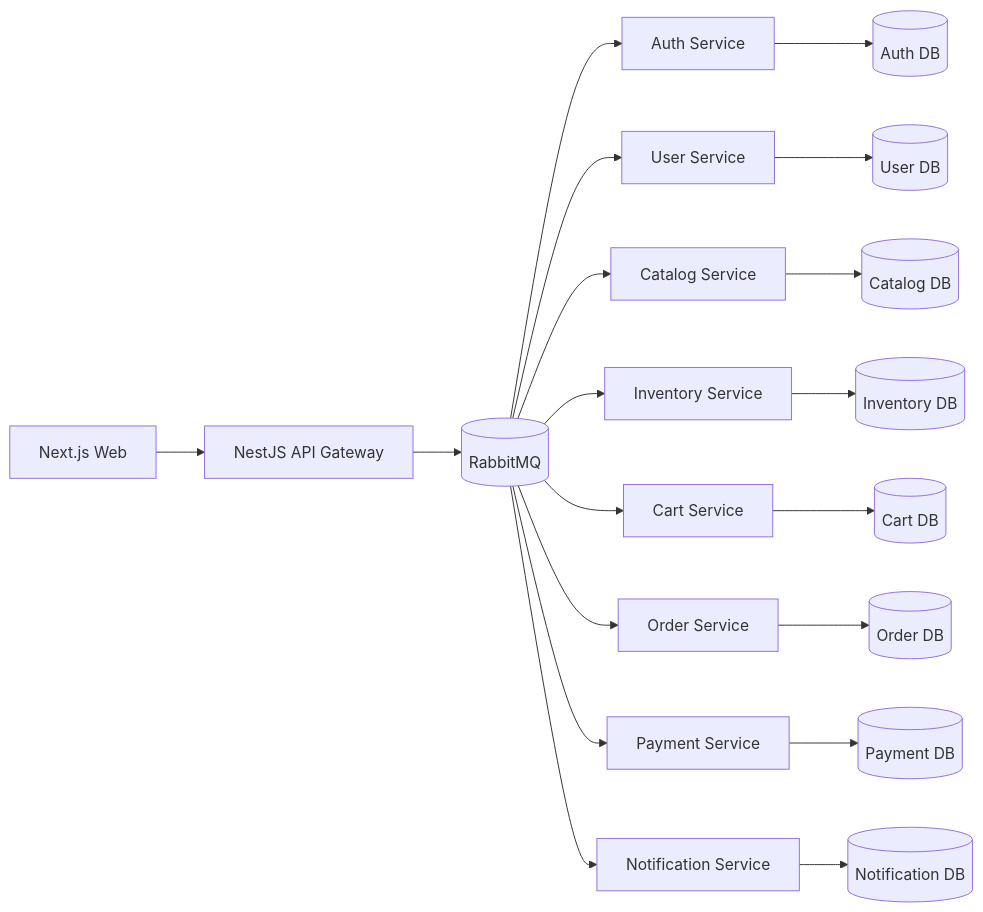
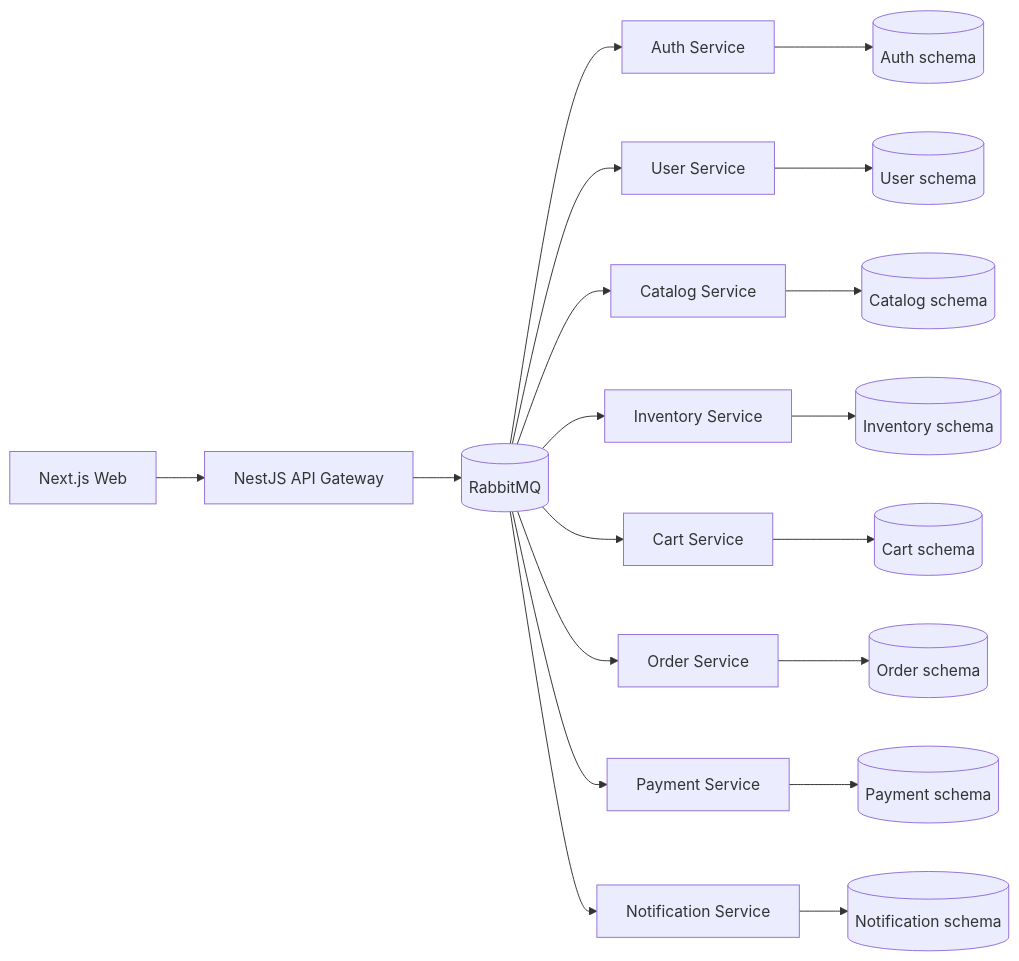
One commit to Lucascabral95/ecommerce-northlan-apparel changed the diagram in README.md. Above: the diagram before and after it, drawn with Mermaid. The commit also changed other lines of this file and 10 other files, not shown here.

````diff
--- a/README.md
+++ b/README.md
@@ -41,21 +18,21 @@
 ```mermaid
 flowchart LR
   Web[Next.js Web] --> Gateway[NestJS API Gateway]
   Gateway --> Broker[(RabbitMQ)]
   Broker --> Auth[Auth Service]
   Broker --> User[User Service]
   Broker --> Catalog[Catalog Service]
   Broker --> Inventory[Inventory Service]
   Broker --> Cart[Cart Service]
   Broker --> Order[Order Service]
   Broker --> Payment[Payment Service]
   Broker --> Notification[Notification Service]
-  Auth --> AuthDb[(Auth DB)]
-  User --> UserDb[(User DB)]
-  Catalog --> CatalogDb[(Catalog DB)]
-  Inventory --> InventoryDb[(Inventory DB)]
-  Cart --> CartDb[(Cart DB)]
-  Order --> OrderDb[(Order DB)]
-  Payment --> PaymentDb[(Payment DB)]
-  Notification --> NotificationDb[(Notification DB)]
+  Auth --> AuthDb[(Auth schema)]
+  User --> UserDb[(User schema)]
+  Catalog --> CatalogDb[(Catalog schema)]
+  Inventory --> InventoryDb[(Inventory schema)]
+  Cart --> CartDb[(Cart schema)]
+  Order --> OrderDb[(Order schema)]
+  Payment --> PaymentDb[(Payment schema)]
+  Notification --> NotificationDb[(Notification schema)]
 ```
````
